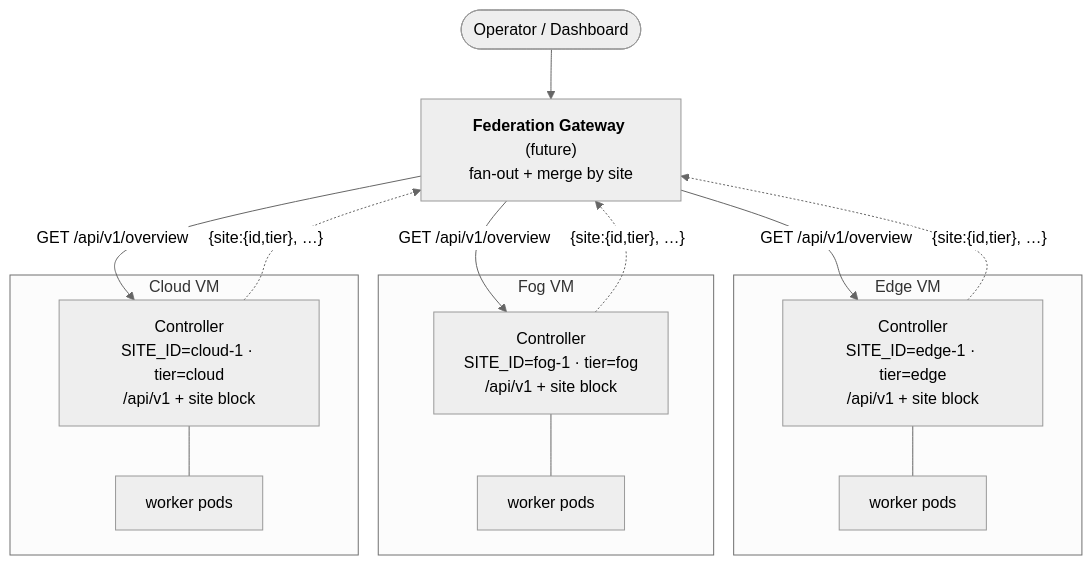
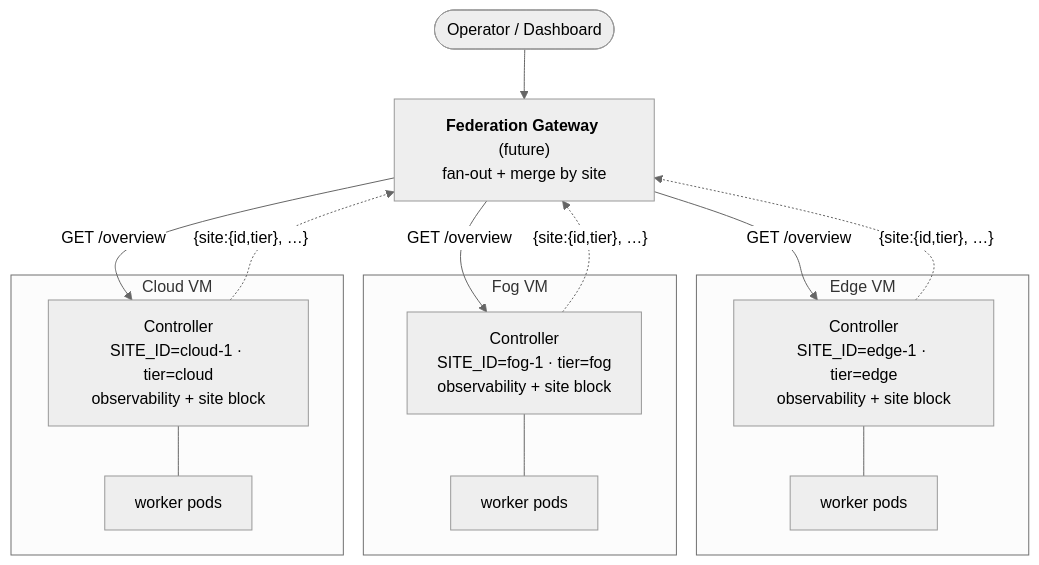
The sixth of 6 diagrams in ARCHITECTURE.md (Jakub-Bojar/cloud-native-emulator), drawn with Mermaid (neutral theme) before and after one commit. The commit also changed other lines of this file and 1 other file, not shown here.

Commit message:
Update API documentation for template endpoints and inter-tier latency configuration

````diff
--- a/ARCHITECTURE.md
+++ b/ARCHITECTURE.md
@@ -542,29 +543,29 @@
 ```mermaid
 flowchart TB
     Client([Operator / Dashboard])
     GW["<b>Federation Gateway</b> (future)<br/>fan-out + merge by site"]
 
     subgraph edge["Edge VM"]
-        CE["Controller<br/>SITE_ID=edge-1 · tier=edge<br/>/api/v1 + site block"]
+        CE["Controller<br/>SITE_ID=edge-1 · tier=edge<br/>observability + site block"]
         WE["worker pods"]
         CE --- WE
     end
     subgraph fog["Fog VM"]
-        CF["Controller<br/>SITE_ID=fog-1 · tier=fog<br/>/api/v1 + site block"]
+        CF["Controller<br/>SITE_ID=fog-1 · tier=fog<br/>observability + site block"]
         WF["worker pods"]
         CF --- WF
     end
     subgraph cloud["Cloud VM"]
-        CC["Controller<br/>SITE_ID=cloud-1 · tier=cloud<br/>/api/v1 + site block"]
+        CC["Controller<br/>SITE_ID=cloud-1 · tier=cloud<br/>observability + site block"]
         WC["worker pods"]
         CC --- WC
     end
 
     Client --> GW
-    GW -->|"GET /api/v1/overview"| CE
-    GW -->|"GET /api/v1/overview"| CF
-    GW -->|"GET /api/v1/overview"| CC
+    GW -->|"GET /overview"| CE
+    GW -->|"GET /overview"| CF
+    GW -->|"GET /overview"| CC
     CE -.->|"{site:{id,tier}, …}"| GW
     CF -.->|"{site:{id,tier}, …}"| GW
     CC -.->|"{site:{id,tier}, …}"| GW
 ```
````
